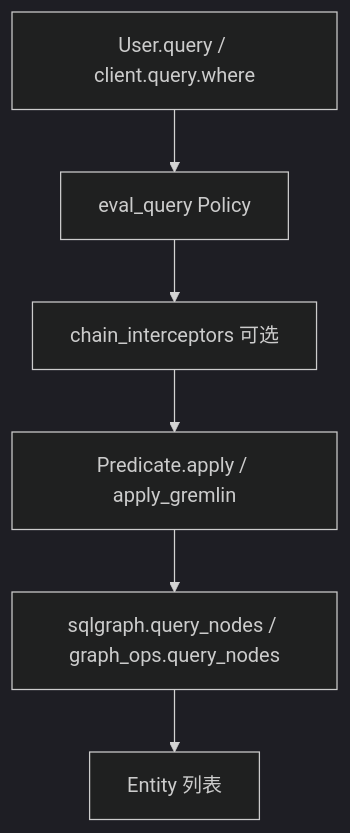
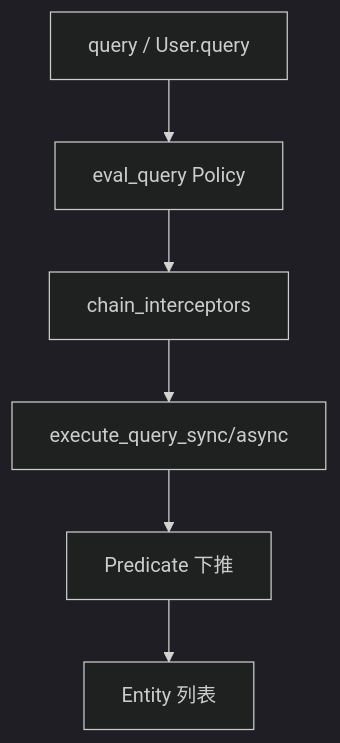
Before and after one commit to koritafei-jpg/ent-python: the fourth of 6 diagrams in docs/ARCHITECTURE.md, drawn with Mermaid (dark theme). The commit also changed other lines of this file and 10 other files, not shown here.

````diff
--- a/docs/ARCHITECTURE.md
+++ b/docs/ARCHITECTURE.md
@@ -200,8 +268,8 @@
 ```mermaid
 flowchart TD
-    A[User.query / client.query.where] --> B[eval_query Policy]
-    B --> C[chain_interceptors 可选]
-    C --> D[Predicate.apply / apply_gremlin]
-    D --> E[sqlgraph.query_nodes / graph_ops.query_nodes]
+    A[query / User.query] --> B[eval_query Policy]
+    B --> C[chain_interceptors]
+    C --> D[execute_query_sync/async]
+    D --> E[Predicate 下推]
     E --> F[Entity 列表]
 ```
````
